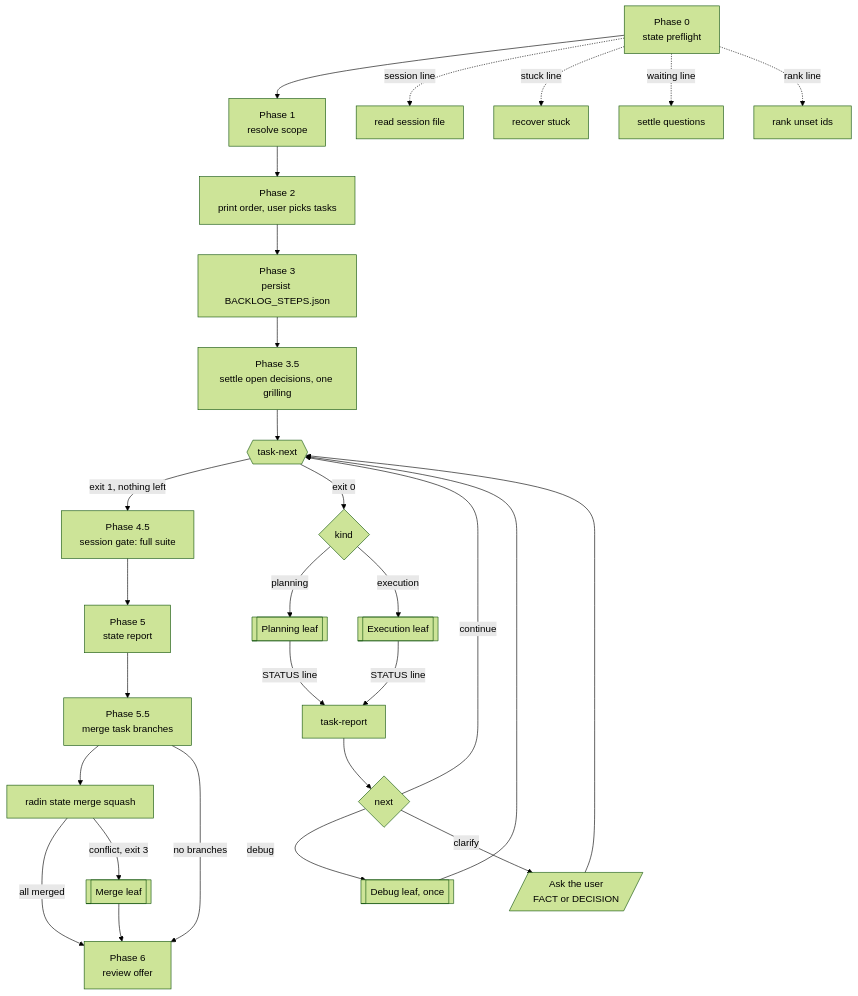
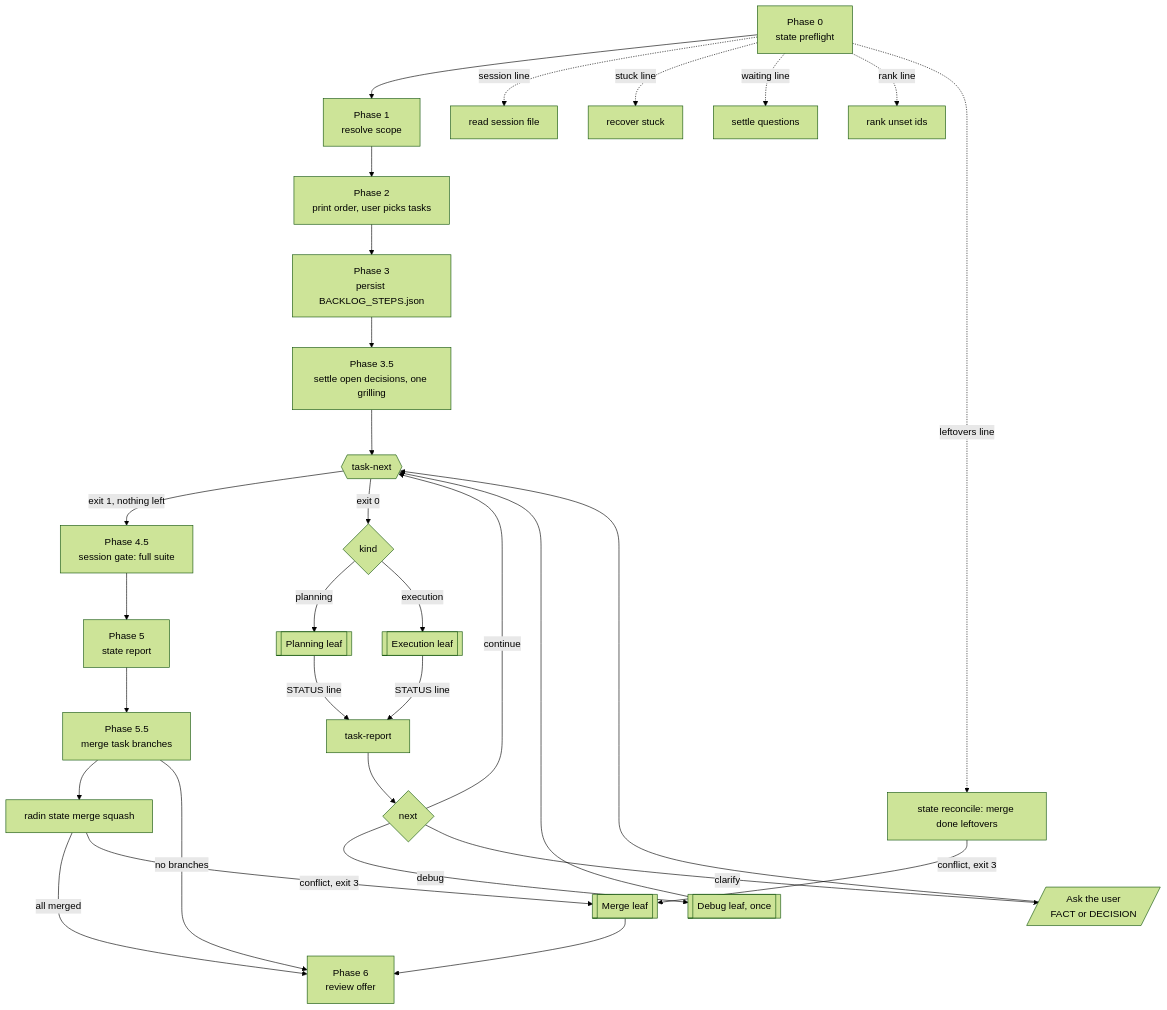
The diagram in docs/lifecycle/router-loop.mmd (shortcuts/radin), drawn with Mermaid (forest theme) before and after one commit. The commit also changed 8 other files, not shown here.

```diff
--- a/docs/lifecycle/router-loop.mmd
+++ b/docs/lifecycle/router-loop.mmd
@@ -1,29 +1,31 @@
 flowchart TD
   p0[Phase 0<br/>state preflight] --> p1[Phase 1<br/>resolve scope]
   p0 -. session line .-> note1[read session file]
   p0 -. stuck line .-> note2[recover stuck]
   p0 -. waiting line .-> note3[settle questions]
   p0 -. rank line .-> note4[rank unset ids]
+  p0 -. leftovers line .-> note5[state reconcile: merge done leftovers]
+  note5 -- conflict, exit 3 --> leafM
   p1 --> p2[Phase 2<br/>print order, user picks tasks]
   p2 --> p3[Phase 3<br/>persist BACKLOG_STEPS.json]
   p3 --> p35[Phase 3.5<br/>settle open decisions, one grilling]
   p35 --> next{{task-next}}
   next -- exit 1, nothing left --> p45[Phase 4.5<br/>session gate: full suite]
   next -- exit 0 --> kind{kind}
   kind -- planning --> leafP[[Planning leaf]]
   kind -- execution --> leafE[[Execution leaf]]
   leafE -- STATUS line --> report[task-report]
   leafP -- STATUS line --> report
   report --> route{next}
   route -- continue --> next
   route -- debug --> debug[[Debug leaf, once]]
   debug --> next
   route -- clarify --> user[/Ask the user<br/>FACT or DECISION/]
   user --> next
   p45 --> p5[Phase 5<br/>state report]
   p5 --> p55[Phase 5.5<br/>merge task branches]
   p55 --> mergeCli[radin state merge squash]
   mergeCli -- all merged --> p6
   mergeCli -- conflict, exit 3 --> leafM[[Merge leaf]]
   p55 -- no branches --> p6
   leafM --> p6[Phase 6<br/>review offer]
```
